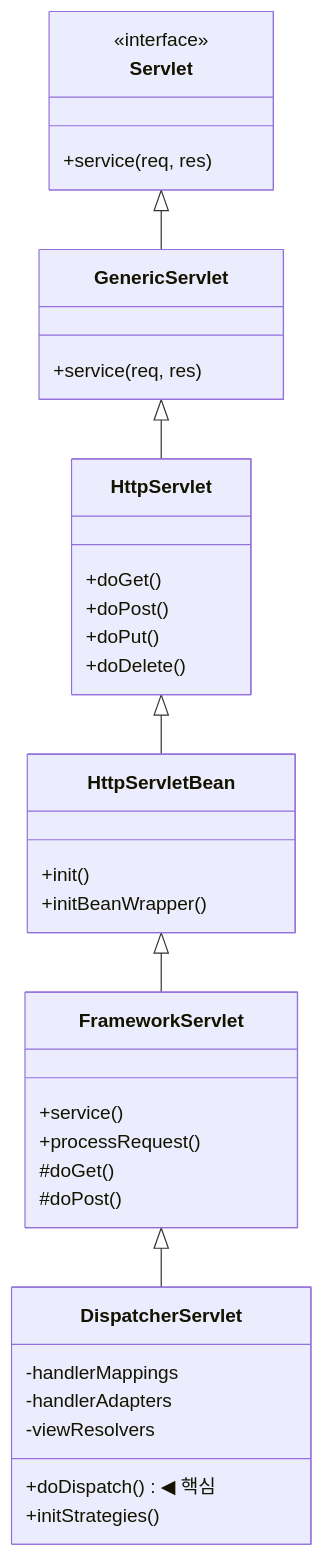
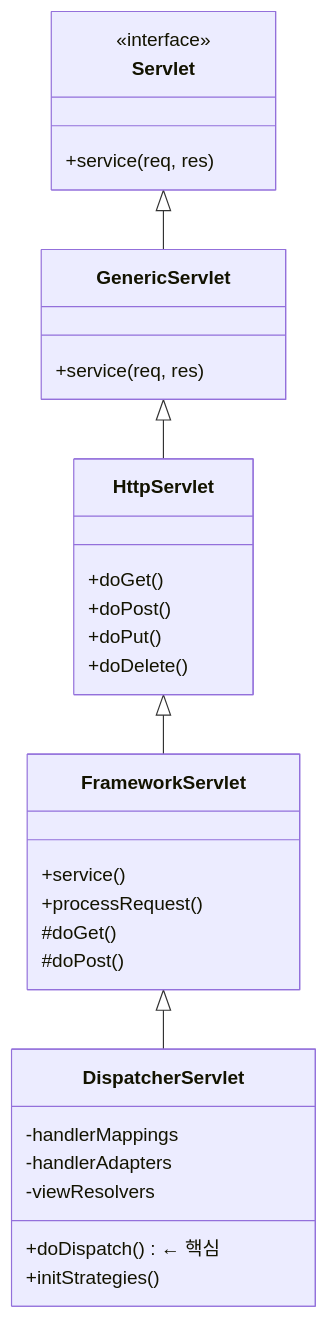
The second of 10 diagrams in _posts/spring/2026-05-02-spring-mvc-deep.md (yjkim2015/yjkim2015.github.io), drawn with Mermaid before and after one commit. The commit also changed other lines of this file and 92 other files, not shown here.

First line of the commit message:
Major quality rewrite: 98 files, Mermaid fix, extreme-scenario component

````diff
--- a/_posts/spring/2026-05-02-spring-mvc-deep.md
+++ b/_posts/spring/2026-05-02-spring-mvc-deep.md
@@ -85,39 +93,34 @@
 ```mermaid
 classDiagram
     class Servlet {
         <<interface>>
         +service(req, res)
     }
     class GenericServlet {
         +service(req, res)
     }
     class HttpServlet {
         +doGet()
         +doPost()
         +doPut()
         +doDelete()
     }
-    class HttpServletBean {
-        +init()
-        +initBeanWrapper()
-    }
     class FrameworkServlet {
         +service()
         +processRequest()
         #doGet()
         #doPost()
     }
     class DispatcherServlet {
-        +doDispatch() ◀ 핵심
+        +doDispatch() ← 핵심
         +initStrategies()
         -handlerMappings
         -handlerAdapters
         -viewResolvers
     }
 
     Servlet <|-- GenericServlet
     GenericServlet <|-- HttpServlet
-    HttpServlet <|-- HttpServletBean
-    HttpServletBean <|-- FrameworkServlet
+    HttpServlet <|-- FrameworkServlet
     FrameworkServlet <|-- DispatcherServlet
 ```
````
